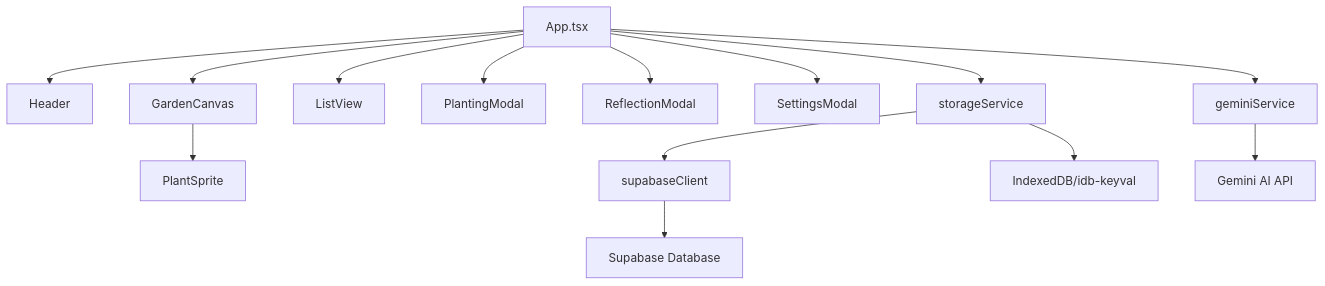
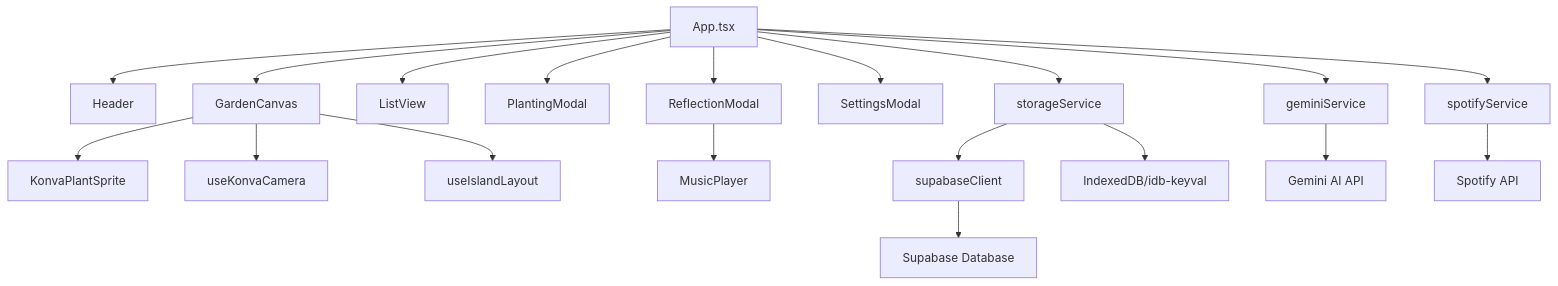
The diagram in DOCUMENTATION.md (AmberWJL/MindGarden), drawn with Mermaid before and after one commit. The commit also changed other lines of this file and 7 other files, not shown here.

Commit message:
feat: Add architecture diagrams and user flow documentation to enhance understanding of MindGarden's structure and functionality

````diff
--- a/DOCUMENTATION.md
+++ b/DOCUMENTATION.md
@@ -43,19 +58,25 @@
 ```mermaid
 graph TD
     A[App.tsx] --> B[Header]
     A --> C[GardenCanvas]
     A --> D[ListView]
     A --> E[PlantingModal]
     A --> F[ReflectionModal]
     A --> G[SettingsModal]
     
-    C --> H[PlantSprite]
+    C --> H[KonvaPlantSprite]
+    C --> I2[useKonvaCamera]
+    C --> I3[useIslandLayout]
+    
+    F --> M2[MusicPlayer]
     
     A --> I[geminiService]
     A --> J[storageService]
+    A --> S[spotifyService]
     J --> K[supabaseClient]
     J --> L[IndexedDB/idb-keyval]
     
     I --> M[Gemini AI API]
+    S --> SP[Spotify API]
     K --> N[Supabase Database]
 ```
````
